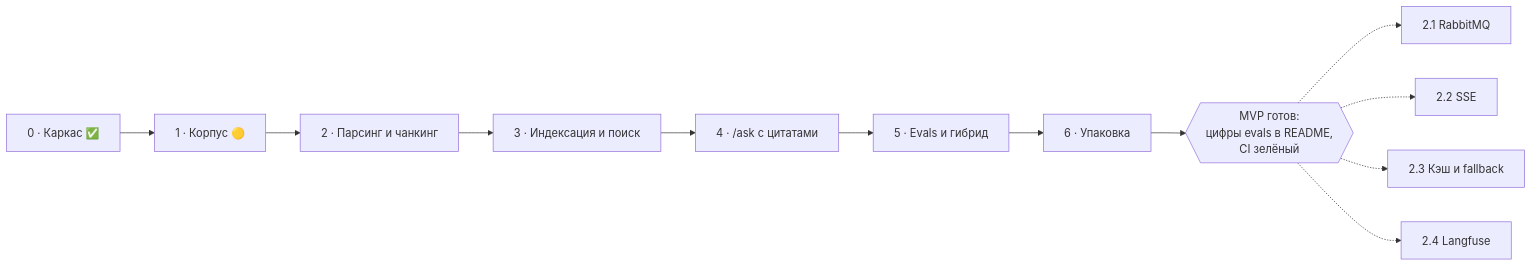
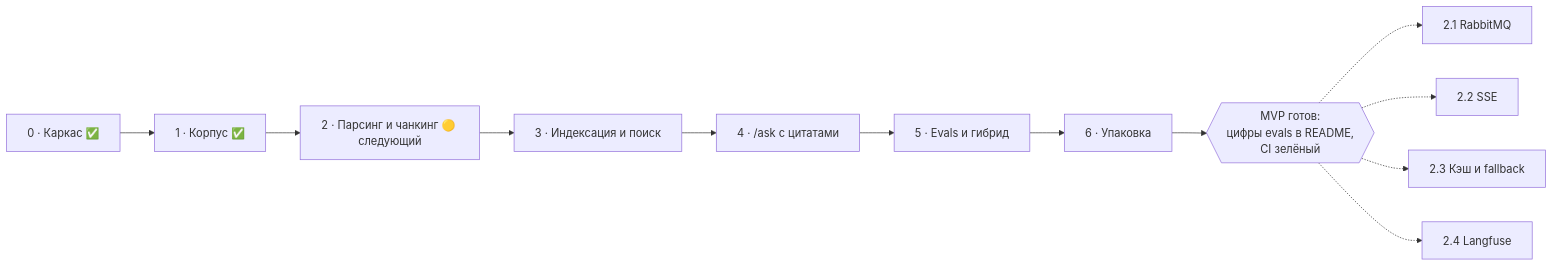
The first of 9 diagrams in docs/PLAN.md (aibat-t/doc-assistant), drawn with Mermaid before and after one commit. The commit also changed other lines of this file and 1 other file, not shown here.

First line of the commit message:
Этап 1: корпус из 38 документов зарегистрирован в БД, этапы 0 и 1 закрыты

````diff
--- a/docs/PLAN.md
+++ b/docs/PLAN.md
@@ -30,14 +30,14 @@
 ```mermaid
 flowchart LR
-    S0["0 · Каркас ✅"] --> S1["1 · Корпус 🟡"]
-    S1 --> S2["2 · Парсинг и чанкинг"]
+    S0["0 · Каркас ✅"] --> S1["1 · Корпус ✅"]
+    S1 --> S2["2 · Парсинг и чанкинг 🟡 следующий"]
     S2 --> S3["3 · Индексация и поиск"]
     S3 --> S4["4 · /ask с цитатами"]
     S4 --> S5["5 · Evals и гибрид"]
     S5 --> S6["6 · Упаковка"]
     S6 --> G{{"MVP готов:<br/>цифры evals в README,<br/>CI зелёный"}}
     G -.-> L1["2.1 RabbitMQ"]
     G -.-> L2["2.2 SSE"]
     G -.-> L3["2.3 Кэш и fallback"]
     G -.-> L4["2.4 Langfuse"]
 ```
````
